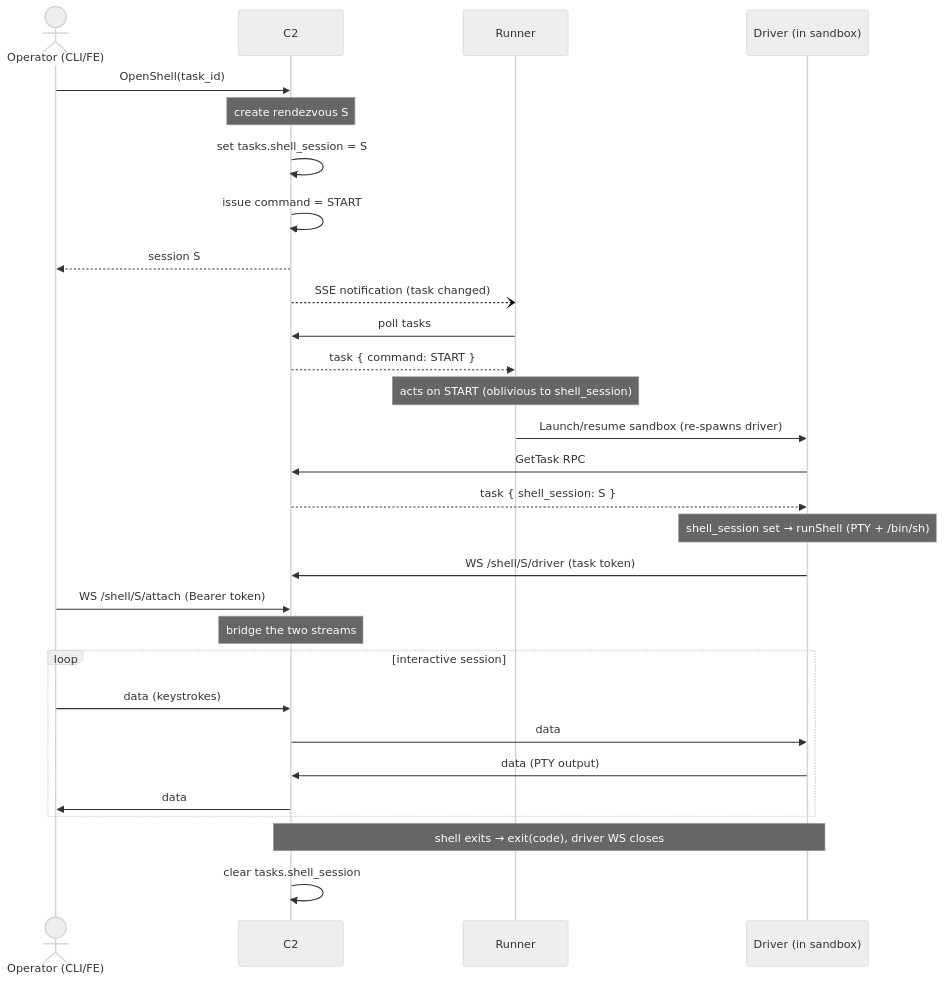
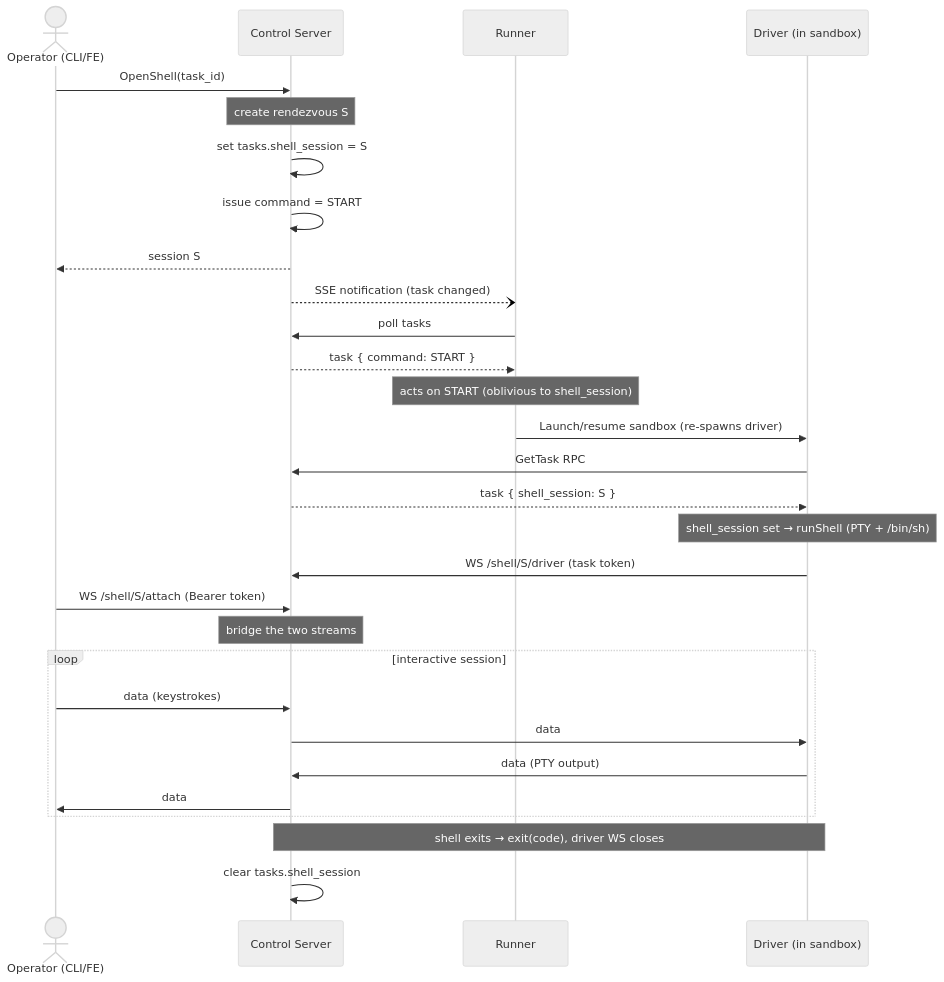
Before and after one commit to icholy/xagent: the diagram in proposals/draft/driver-reverse-shell.md, drawn with Mermaid (neutral theme). The commit also changed other lines of this file and 32 other files, not shown here.

````diff
--- a/proposals/draft/driver-reverse-shell.md
+++ b/proposals/draft/driver-reverse-shell.md
@@ -114,37 +114,37 @@
 ```mermaid
 sequenceDiagram
     actor Op as Operator (CLI/FE)
-    participant C2
+    participant Server as Control Server
     participant Runner
     participant Driver as Driver (in sandbox)
 
-    Op->>C2: OpenShell(task_id)
-    Note over C2: create rendezvous S
-    C2->>C2: set tasks.shell_session = S
-    C2->>C2: issue command = START
-    C2-->>Op: session S
+    Op->>Server: OpenShell(task_id)
+    Note over Server: create rendezvous S
+    Server->>Server: set tasks.shell_session = S
+    Server->>Server: issue command = START
+    Server-->>Op: session S
 
-    C2--)Runner: SSE notification (task changed)
-    Runner->>C2: poll tasks
-    C2-->>Runner: task { command: START }
+    Server--)Runner: SSE notification (task changed)
+    Runner->>Server: poll tasks
+    Server-->>Runner: task { command: START }
     Note over Runner: acts on START (oblivious to shell_session)
     Runner->>Driver: Launch/resume sandbox (re-spawns driver)
 
-    Driver->>C2: GetTask RPC
-    C2-->>Driver: task { shell_session: S }
+    Driver->>Server: GetTask RPC
+    Server-->>Driver: task { shell_session: S }
     Note over Driver: shell_session set → runShell (PTY + /bin/sh)
 
-    Driver->>C2: WS /shell/S/driver (task token)
-    Op->>C2: WS /shell/S/attach (Bearer token)
-    Note over C2: bridge the two streams
+    Driver->>Server: WS /shell/S/driver (task token)
+    Op->>Server: WS /shell/S/attach (Bearer token)
+    Note over Server: bridge the two streams
 
     loop interactive session
-        Op->>C2: data (keystrokes)
-        C2->>Driver: data
-        Driver->>C2: data (PTY output)
-        C2->>Op: data
+        Op->>Server: data (keystrokes)
+        Server->>Driver: data
+        Driver->>Server: data (PTY output)
+        Server->>Op: data
     end
 
-    Note over Driver,C2: shell exits → exit(code), driver WS closes
-    C2->>C2: clear tasks.shell_session
+    Note over Driver,Server: shell exits → exit(code), driver WS closes
+    Server->>Server: clear tasks.shell_session
 ```
````
